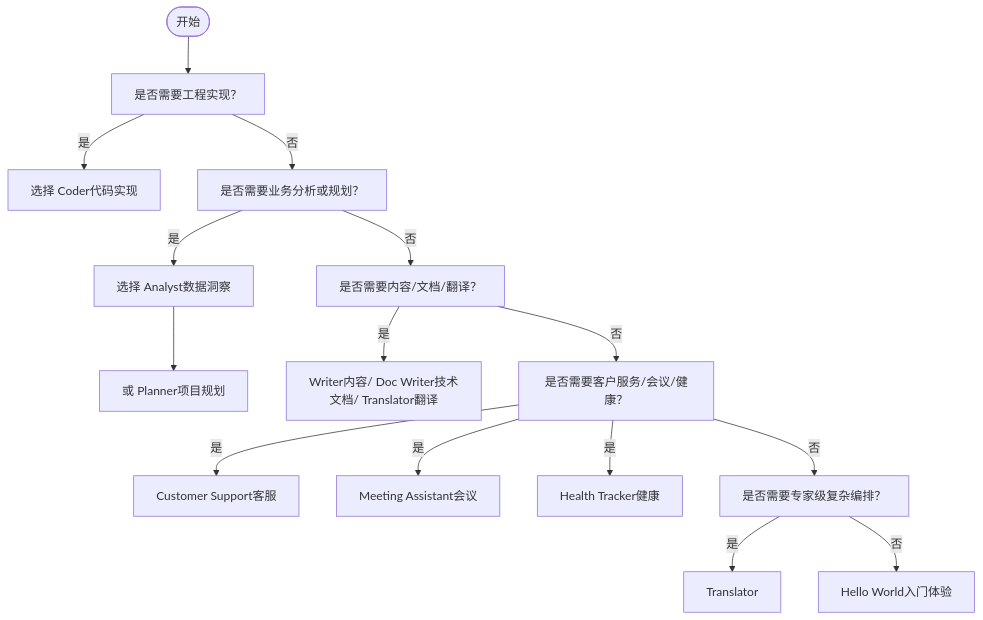
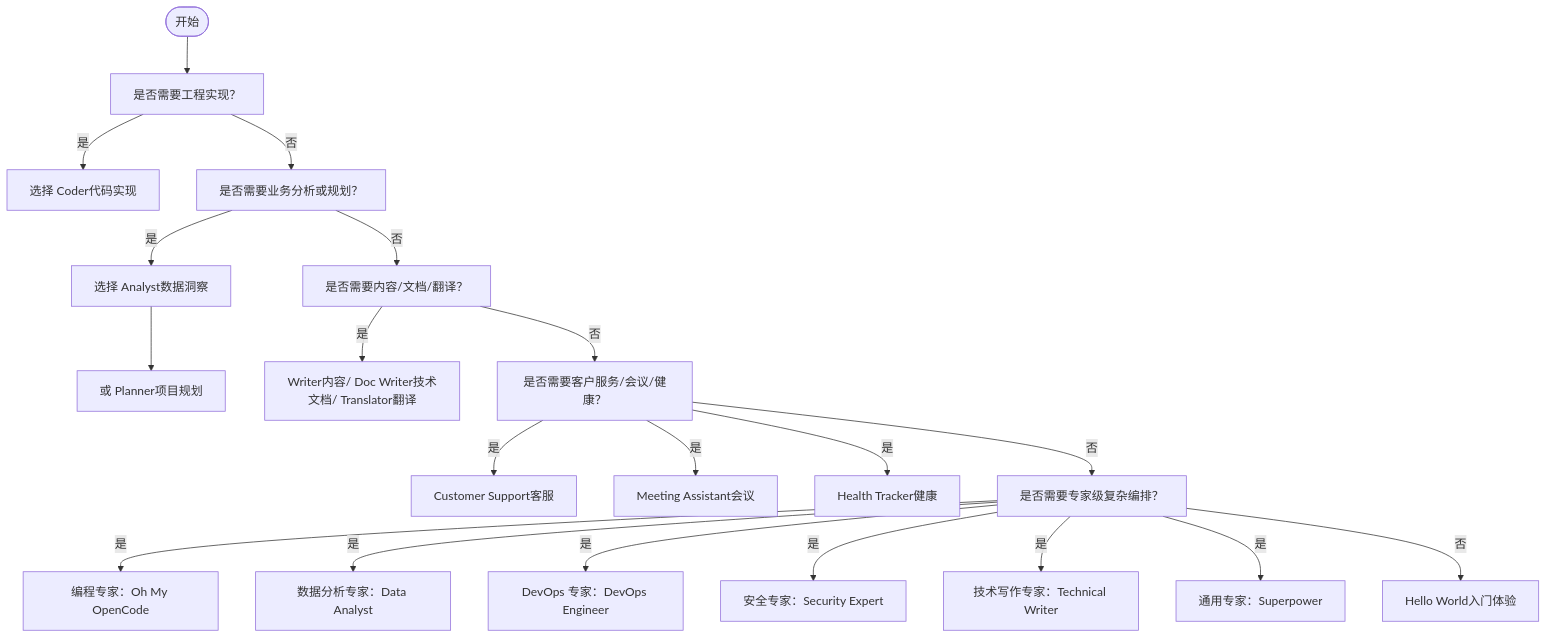
The third of 4 diagrams in .qoder/repowiki/zh/content/智能体开发/预构建智能体模板/模板分类体系.md (hexiaowen-bot/openfang), drawn with Mermaid before and after one commit. The commit also changed other lines of this file and 65 other files, not shown here.

````diff
--- a/.qoder/repowiki/zh/content/智能体开发/预构建智能体模板/模板分类体系.md
+++ b/.qoder/repowiki/zh/content/智能体开发/预构建智能体模板/模板分类体系.md
@@ -308,16 +414,21 @@
 ```mermaid
 flowchart TD
 Start(["开始"]) --> Need["是否需要工程实现？"]
 Need --> |是| Coder["选择 Coder代码实现"]
 Need --> |否| Business["是否需要业务分析或规划？"]
 Business --> |是| Analyst["选择 Analyst数据洞察"] --> Planner["或 Planner项目规划"]
 Business --> |否| Creative["是否需要内容/文档/翻译？"]
 Creative --> |是| Writer["Writer内容/ Doc Writer技术文档/ Translator翻译"]
 Creative --> |否| Service["是否需要客户服务/会议/健康？"]
 Service --> |是| CS["Customer Support客服"]
 Service --> |是| MA["Meeting Assistant会议"]
 Service --> |是| HT["Health Tracker健康"]
 Service --> |否| Expert["是否需要专家级复杂编排？"]
-Expert --> |是| Translator
+Expert --> |是| Programming["编程专家：Oh My OpenCode"]
+Expert --> |是| DataAnalysis["数据分析专家：Data Analyst"]
+Expert --> |是| DevOps["DevOps 专家：DevOps Engineer"]
+Expert --> |是| Security["安全专家：Security Expert"]
+Expert --> |是| TechnicalWriting["技术写作专家：Technical Writer"]
+Expert --> |是| GeneralExpert["通用专家：Superpower"]
 Expert --> |否| HelloWorld["Hello World入门体验"]
 ```
````
